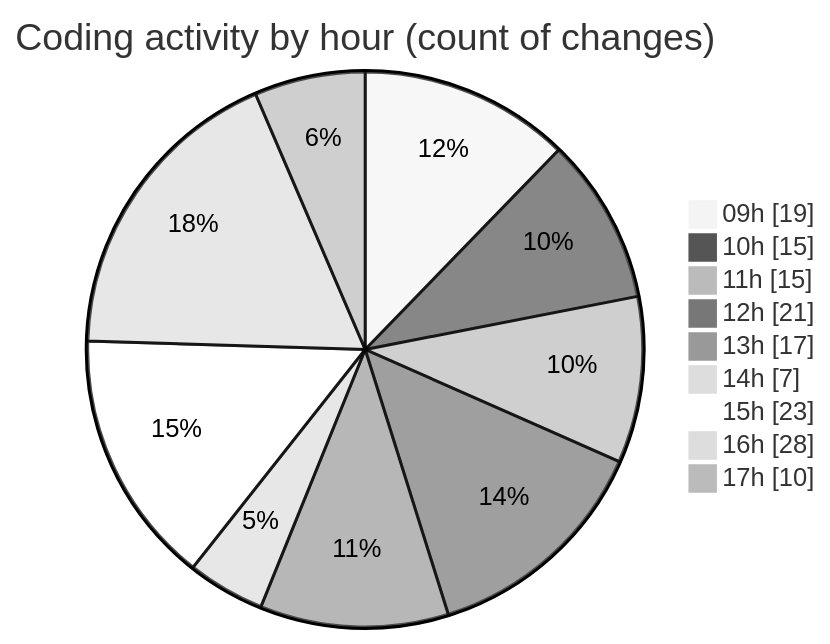
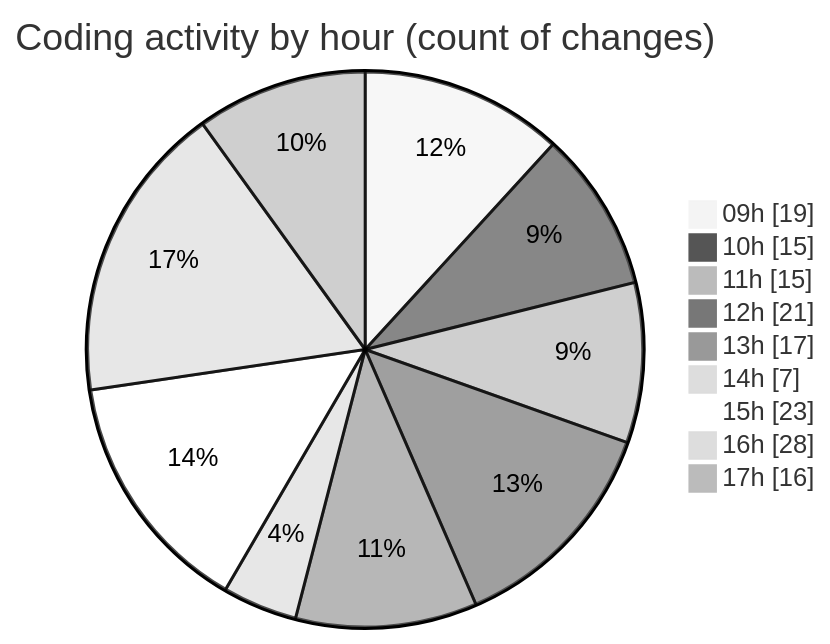
The second of 2 diagrams in 2025-09-05/cda/README.md (momahboobian/code-tracking), drawn with Mermaid (neutral theme) before and after one commit. The commit also changed other lines of this file and 1 other file, not shown here.

````diff
--- a/2025-09-05/cda/README.md
+++ b/2025-09-05/cda/README.md
@@ -37,13 +37,13 @@
 ```mermaid
 pie showData
 title Coding activity by hour (count of changes)
 "09h" : 19
 "10h" : 15
 "11h" : 15
 "12h" : 21
 "13h" : 17
 "14h" : 7
 "15h" : 23
 "16h" : 28
-"17h" : 10
+"17h" : 16
 ```
````
